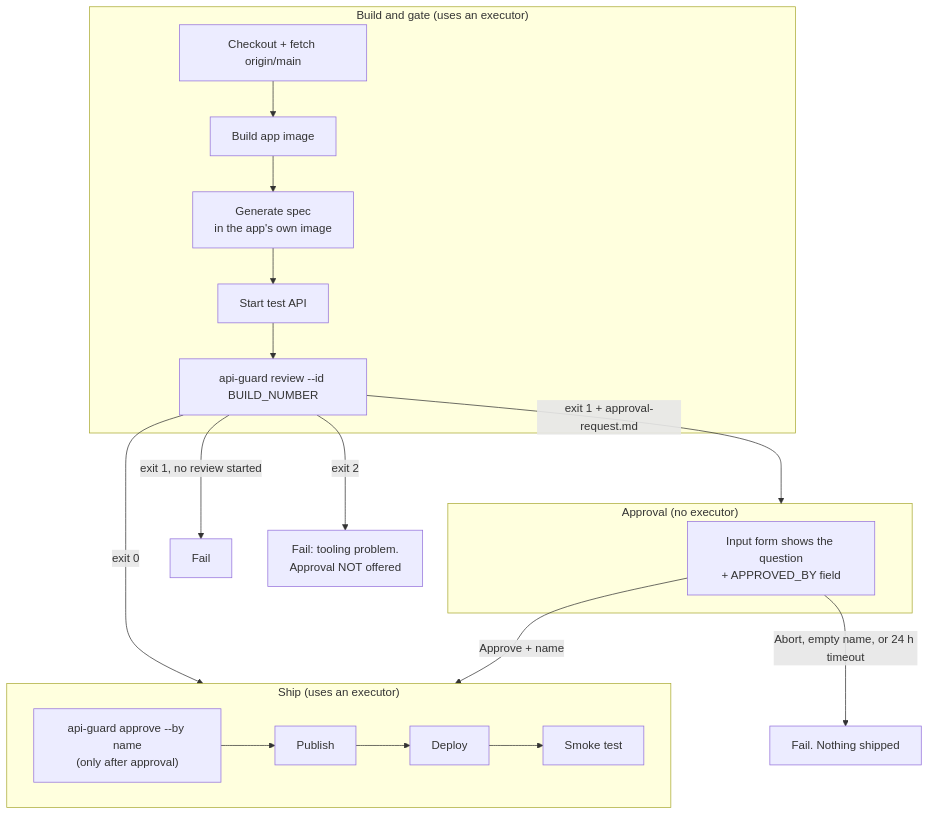
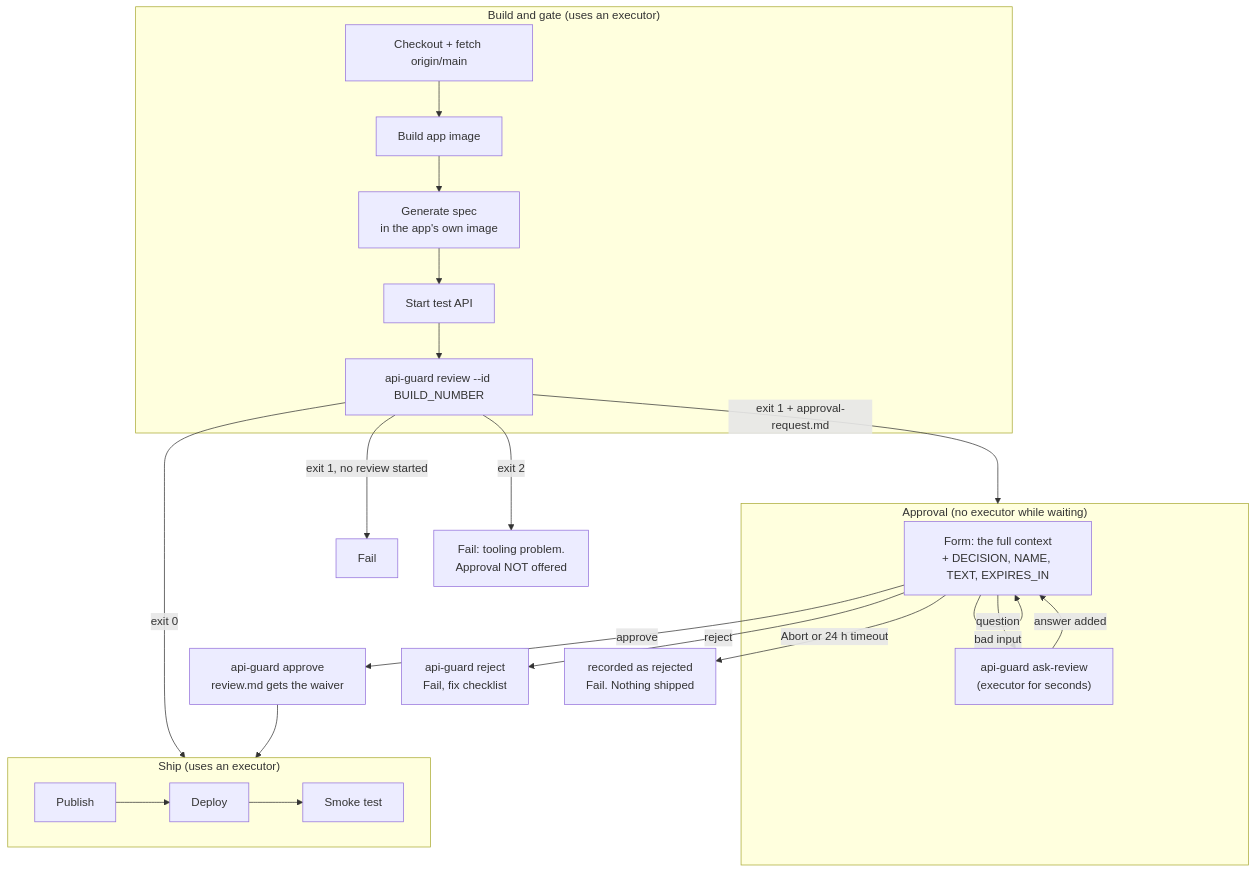
One commit to stimpy3/ApiGuard changed diagram 12 of 12 in README.md. Above: the diagram before and after it, drawn with Mermaid. The commit also changed other lines of this file and 8 other files, not shown here.

````diff
--- a/README.md
+++ b/README.md
@@ -1031,19 +1047,24 @@
 ```mermaid
 flowchart TD
     subgraph S1["Build and gate (uses an executor)"]
         A["Checkout + fetch origin/main"] --> B["Build app image"] --> C["Generate spec<br/>in the app's own image"]
         C --> D["Start test API"] --> E["api-guard review --id BUILD_NUMBER"]
     end
     E -->|"exit 0"| S3
     E -->|"exit 1 + approval-request.md"| S2
     E -->|"exit 1, no review started"| F1["Fail"]
     E -->|"exit 2"| F2["Fail: tooling problem.<br/>Approval NOT offered"]
-    subgraph S2["Approval (no executor)"]
-        I["Input form shows the question<br/>+ APPROVED_BY field"]
+    subgraph S2["Approval (no executor while waiting)"]
+        I["Form: the full context<br/>+ DECISION, NAME, TEXT, EXPIRES_IN"]
+        I -->|"question"| QA["api-guard ask-review<br/>(executor for seconds)"]
+        QA -->|"answer added"| I
+        I -->|"bad input"| I
     end
-    I -->|"Approve + name"| S3
-    I -->|"Abort, empty name, or 24 h timeout"| F3["Fail. Nothing shipped"]
+    I -->|"approve"| AP["api-guard approve<br/>review.md gets the waiver"]
+    AP --> S3
+    I -->|"reject"| F3["api-guard reject<br/>Fail, fix checklist"]
+    I -->|"Abort or 24 h timeout"| F4["recorded as rejected<br/>Fail. Nothing shipped"]
     subgraph S3["Ship (uses an executor)"]
-        R["api-guard approve --by name<br/>(only after approval)"] --> P["Publish"] --> Q["Deploy"] --> T["Smoke test"]
+        P["Publish"] --> Q["Deploy"] --> T["Smoke test"]
     end
 ```
````
